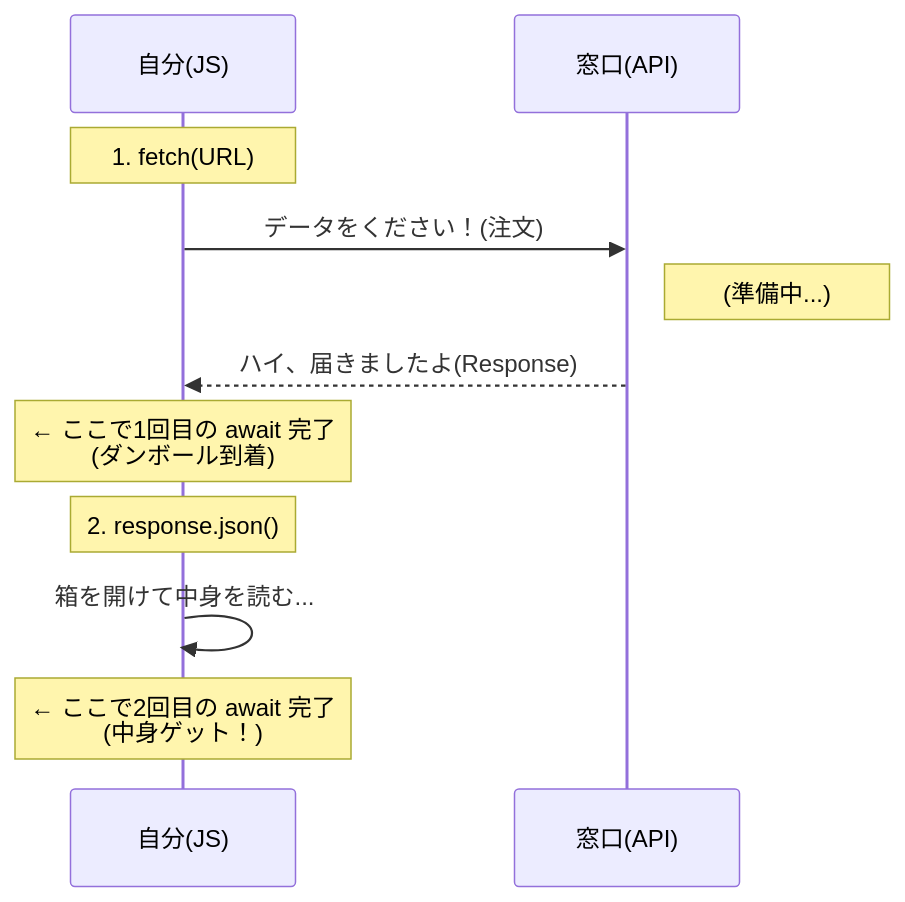
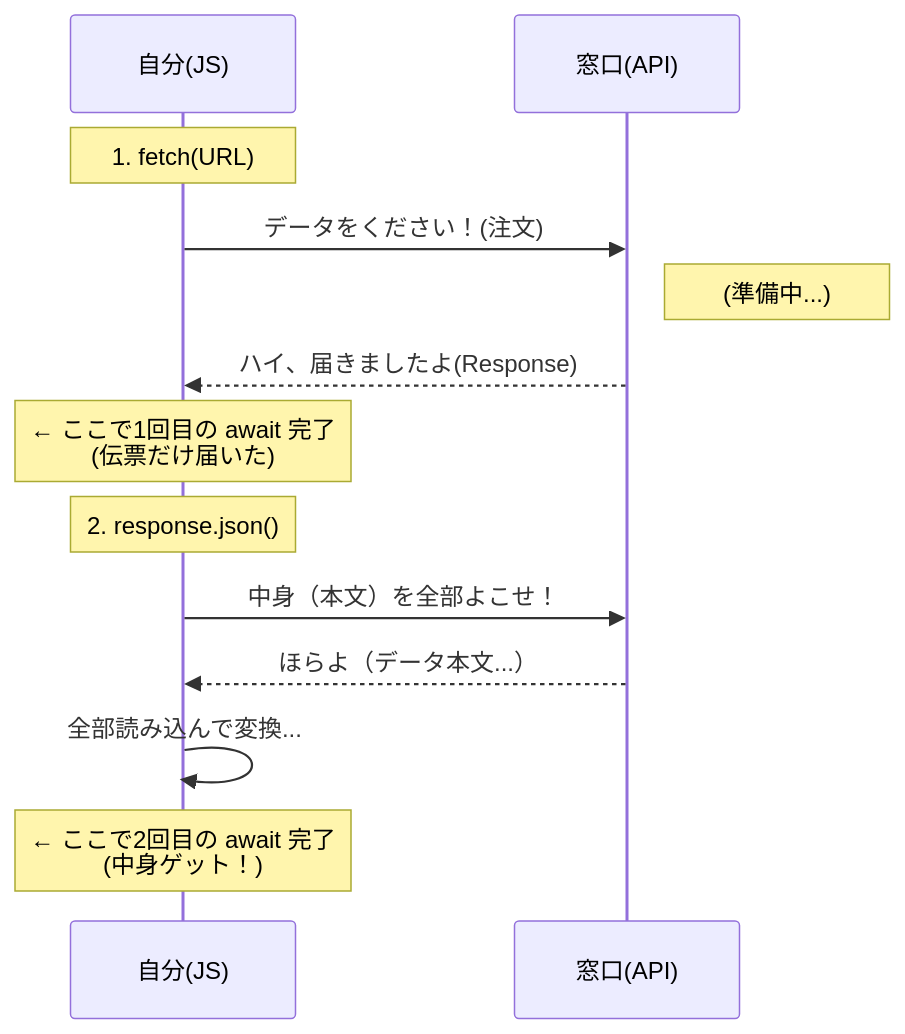
Before and after one commit to komiyamma/site_ichika_study_async_await_fetch: the first of 2 diagrams in D10.md, drawn with Mermaid. The commit also changed other lines of this file and 1 other file, not shown here.

````diff
--- a/D10.md
+++ b/D10.md
@@ -122,15 +122,17 @@
 ```mermaid
 sequenceDiagram
     participant JS as 自分(JS)
     participant API as 窓口(API)
     
     Note over JS: 1. fetch(URL)
     JS->>API: データをください！(注文)
     Note right of API: (準備中...)
     API-->>JS: ハイ、届きましたよ(Response)
-    Note over JS: ← ここで1回目の await 完了<br>(ダンボール到着)
+    Note over JS: ← ここで1回目の await 完了<br>(伝票だけ届いた)
     
     Note over JS: 2. response.json()
-    JS->>JS: 箱を開けて中身を読む...
+    JS->>API: 中身（本文）を全部よこせ！
+    API-->>JS: ほらよ（データ本文...）
+    JS->>JS: 全部読み込んで変換...
     Note over JS: ← ここで2回目の await 完了<br>(中身ゲット！)
 ```
````
